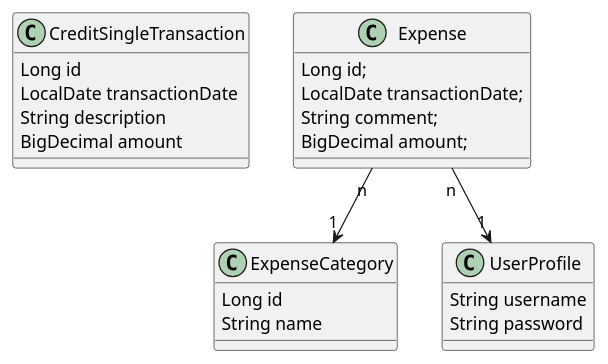
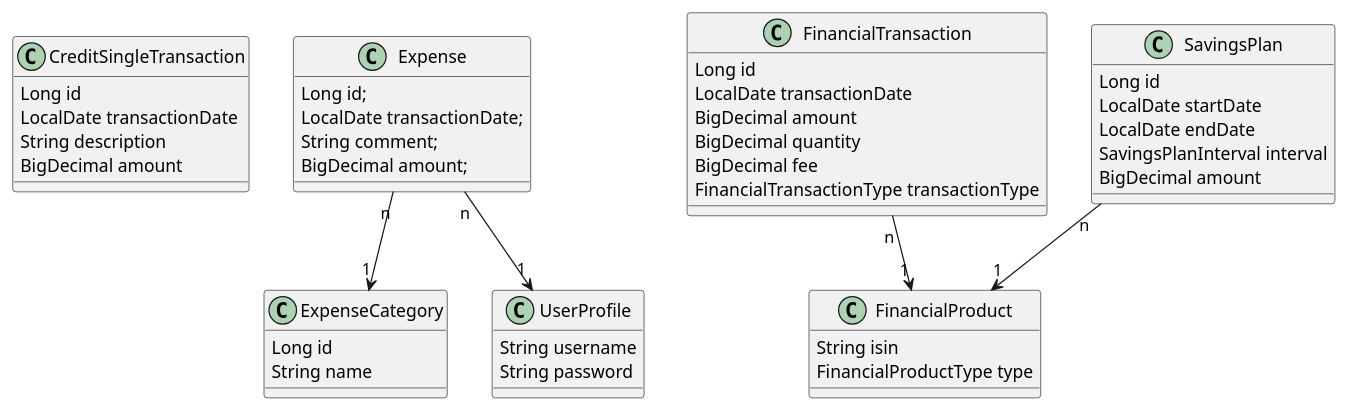
The diagram in doc/class_diagram.plantuml (v3rtumnus/plan-man), drawn with PlantUML before and after one commit.

Commit message:
first draft of class diagram for financial products

```diff
--- a/doc/class_diagram.plantuml
+++ b/doc/class_diagram.plantuml
@@ -1,28 +1,52 @@
 @startuml
 class CreditSingleTransaction {
   Long id
   LocalDate transactionDate
   String description
   BigDecimal amount
 }
 
 class ExpenseCategory {
   Long id
   String name
 }
 
 class UserProfile {
   String username
   String password
 }
 
 class Expense {
   Long id;
   LocalDate transactionDate;
   String comment;
   BigDecimal amount;
 }
 
+class FinancialProduct {
+  String isin
+  FinancialProductType type
+}
+
+class FinancialTransaction {
+  Long id
+  LocalDate transactionDate
+  BigDecimal amount
+  BigDecimal quantity
+  BigDecimal fee
+  FinancialTransactionType transactionType
+}
+
+class SavingsPlan {
+  Long id
+  LocalDate startDate
+  LocalDate endDate
+  SavingsPlanInterval interval
+  BigDecimal amount
+}
+
 Expense "n" --> "1" ExpenseCategory
 Expense "n" --> "1" UserProfile
+FinancialTransaction "n" --> "1" FinancialProduct
+SavingsPlan "n" --> "1" FinancialProduct
 @enduml
```
